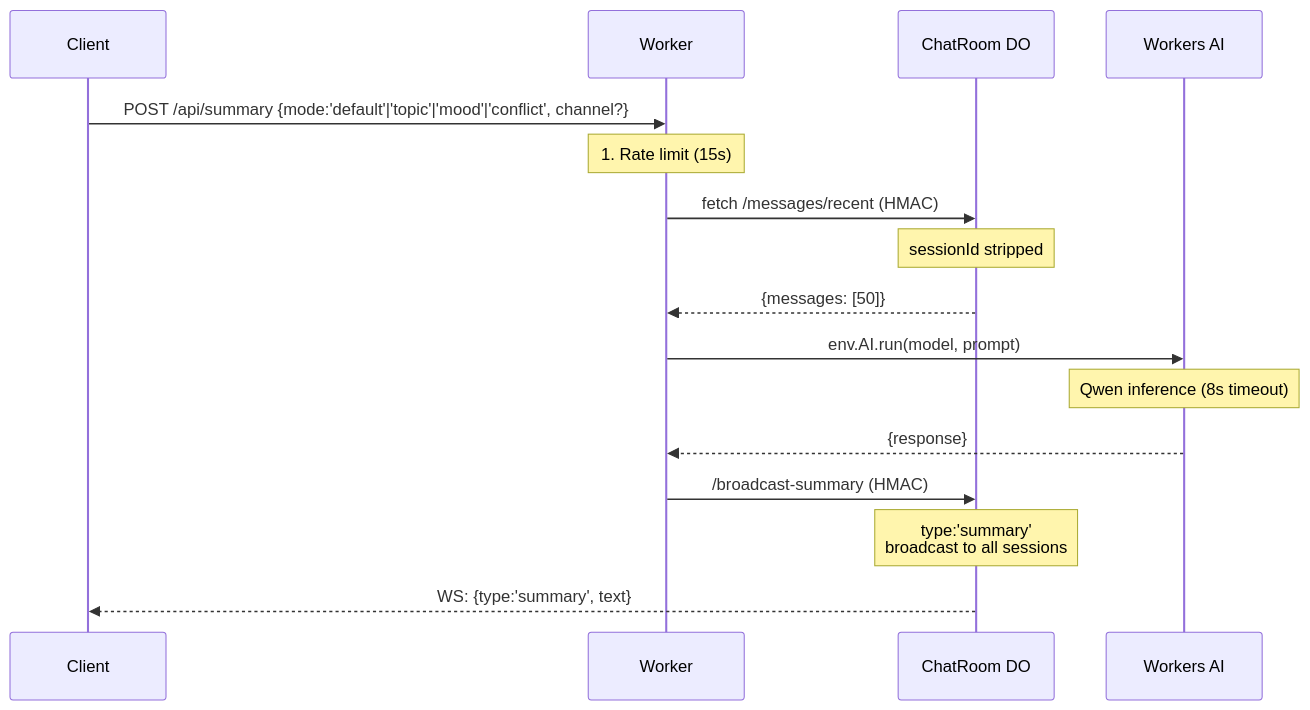
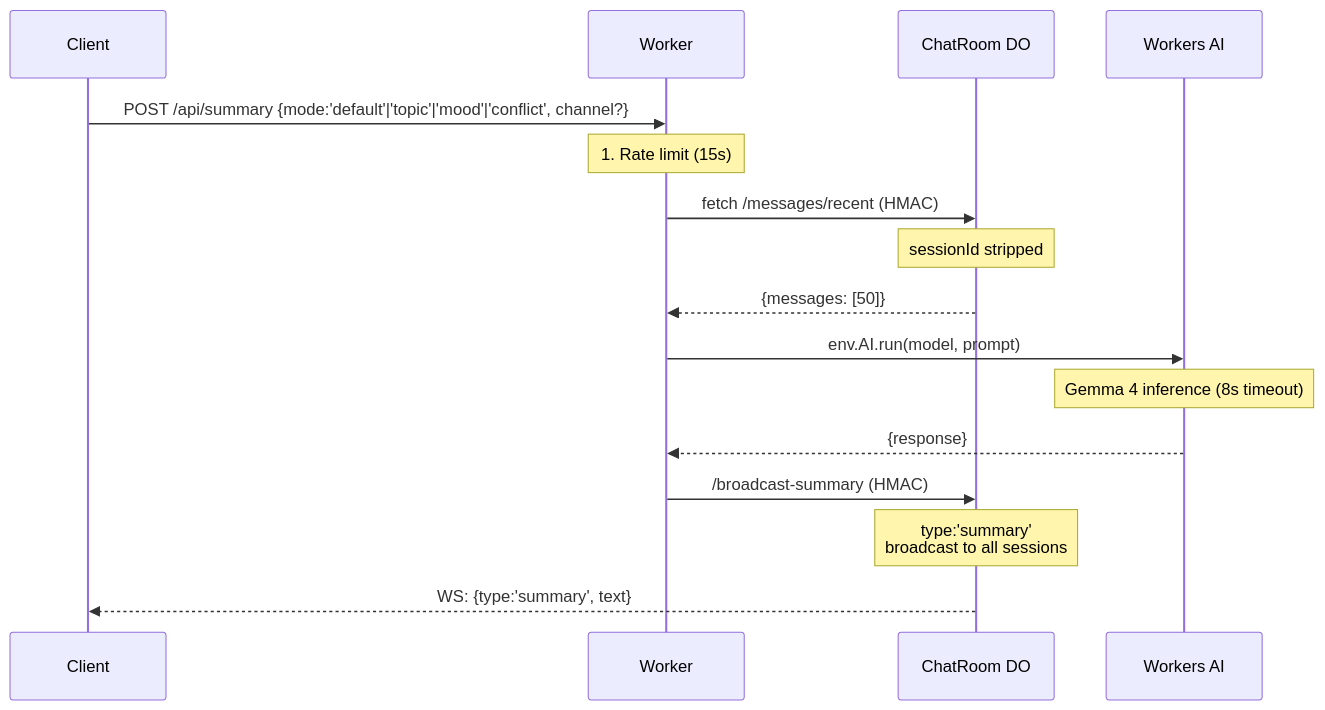
Before and after one commit to gguatit/Anonymous_Chat: the fifth of 7 diagrams in docs/ARCHITECTURE.en.md, drawn with Mermaid. The commit also changed other lines of this file and 10 other files, not shown here.

First line of the commit message:
fix: Workers AI 단종 대응 모델 교체 (Gemma 4 26B + Qwen 3.8 27B)

````diff
--- a/docs/ARCHITECTURE.en.md
+++ b/docs/ARCHITECTURE.en.md
@@ -291,22 +291,22 @@
 ```mermaid
 sequenceDiagram
     participant C as Client
     participant W as Worker
     participant DO as ChatRoom DO
     participant AI as Workers AI
 
     C->>W: POST /api/summary {mode:'default'|'topic'|'mood'|'conflict', channel?}
 
     Note over W: 1. Rate limit (15s)
     W->>DO: fetch /messages/recent (HMAC)
     Note over DO: sessionId stripped
     DO-->>W: {messages: [50]}
 
     W->>AI: env.AI.run(model, prompt)
-    Note over AI: Qwen inference (8s timeout)
+    Note over AI: Gemma 4 inference (8s timeout)
     AI-->>W: {response}
 
     W->>DO: /broadcast-summary (HMAC)
     Note over DO: type:'summary'<br/>broadcast to all sessions
     DO-->>C: WS: {type:'summary', text}
 ```
````
